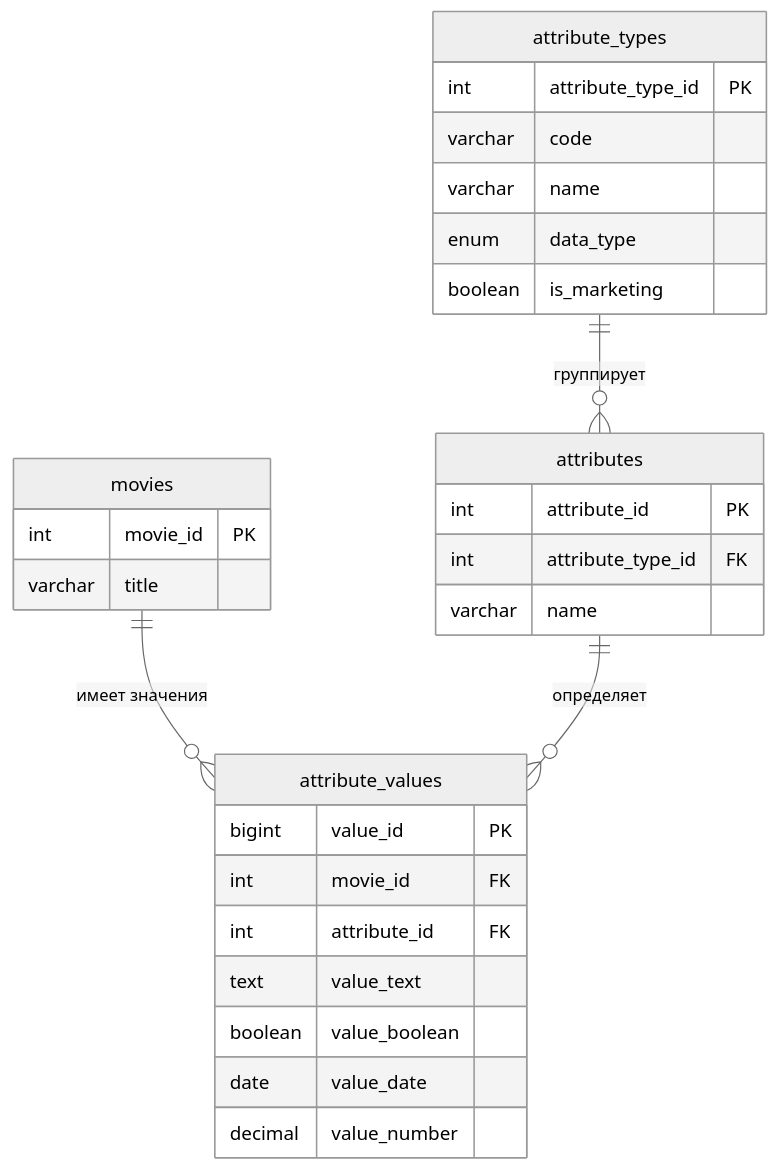
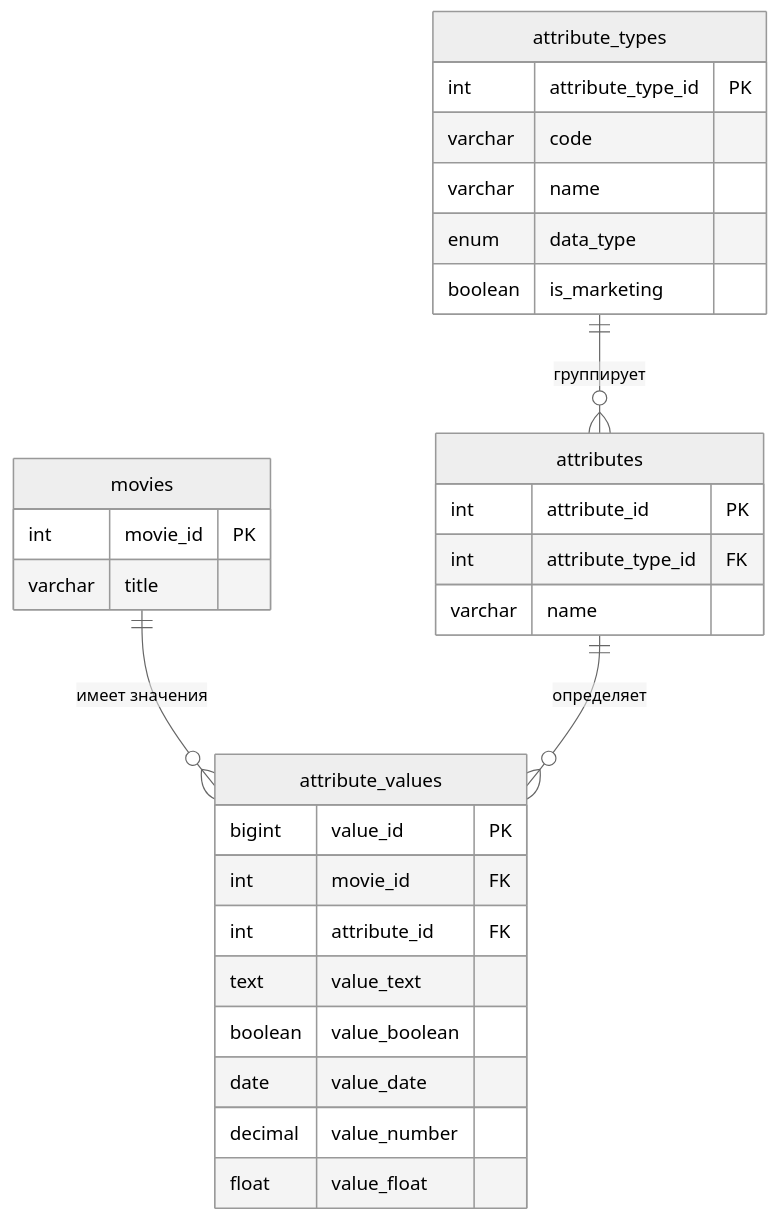
The diagram in docs/eav-model.md (SCaeR42/CinemaDB), drawn with Mermaid (neutral theme) before and after one commit. The commit also changed other lines of this file and 3 other files, not shown here.

````diff
--- a/docs/eav-model.md
+++ b/docs/eav-model.md
@@ -138,32 +174,33 @@
 ```mermaid
 erDiagram
     movies ||--o{ attribute_values : "имеет значения"
     attributes ||--o{ attribute_values : "определяет"
     attribute_types ||--o{ attributes : "группирует"
 
     attribute_types {
         int attribute_type_id PK
         varchar code
         varchar name
         enum data_type
         boolean is_marketing
     }
     attributes {
         int attribute_id PK
         int attribute_type_id FK
         varchar name
     }
     attribute_values {
         bigint value_id PK
         int movie_id FK
         int attribute_id FK
         text value_text
         boolean value_boolean
         date value_date
         decimal value_number
+        float value_float
     }
     movies {
         int movie_id PK
         varchar title
     }
 ```
````
